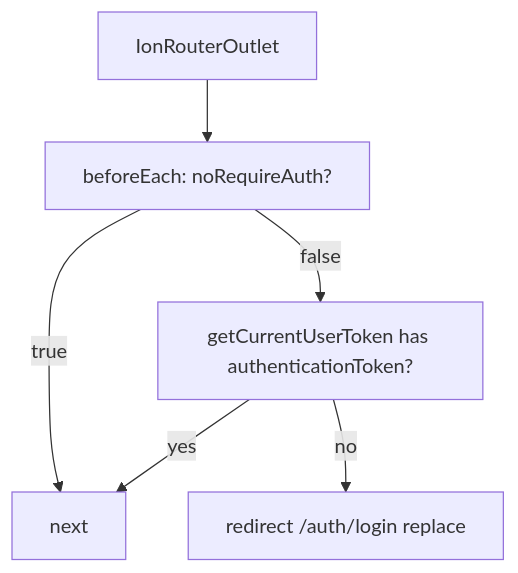
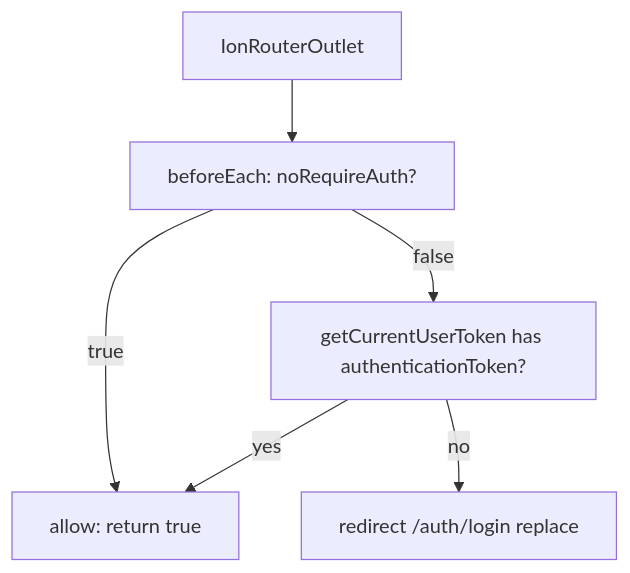
One commit to bekaku/vue-ionic-example-app changed the second of 2 diagrams in docs/agent/MOBILE_ARCHITECTURE.md. Above: the diagram before and after it, drawn with Mermaid. The commit also changed other lines of this file and 38 other files, not shown here.

````diff
--- a/docs/agent/MOBILE_ARCHITECTURE.md
+++ b/docs/agent/MOBILE_ARCHITECTURE.md
@@ -42,8 +43,8 @@
 ```mermaid
 flowchart TD
   A[IonRouterOutlet] --> B[beforeEach: noRequireAuth?]
-  B -->|true| C[next]
+  B -->|true| C[allow: return true]
   B -->|false| D[getCurrentUserToken has authenticationToken?]
   D -->|yes| C
   D -->|no| E[redirect /auth/login replace]
 ```
````
